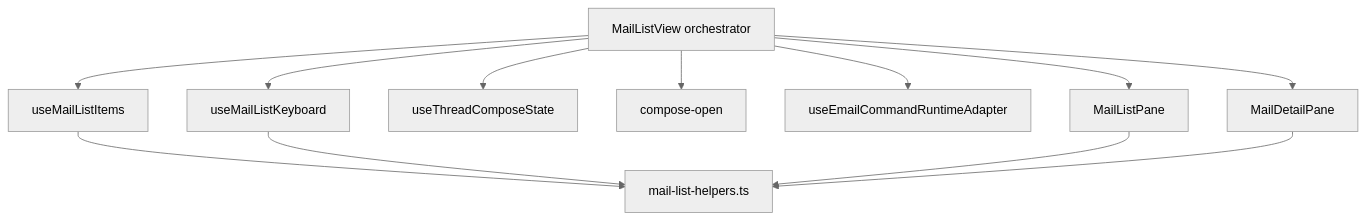
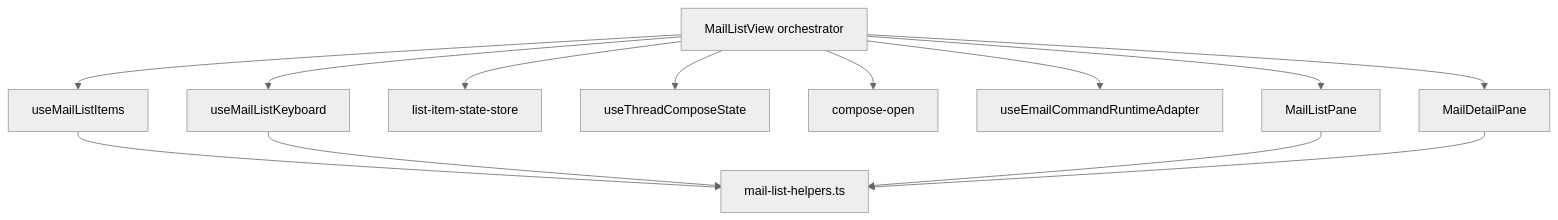
One commit to gssisaac/relaybase changed the diagram in app/src/email/components/mailbox/MailListView/README.md. Above: the diagram before and after it, drawn with Mermaid (neutral theme). The commit also changed other lines of this file and 28 other files, not shown here.

````diff
--- a/app/src/email/components/mailbox/MailListView/README.md
+++ b/app/src/email/components/mailbox/MailListView/README.md
@@ -24,23 +25,25 @@
 ```mermaid
 flowchart TB
   MLV[MailListView orchestrator]
   Helpers[mail-list-helpers.ts]
   Items[useMailListItems]
   Kb[useMailListKeyboard]
+  Focus[list-item-state-store]
   Compose[useThreadComposeState]
   Open[compose-open]
   Commands[useEmailCommandRuntimeAdapter]
   ListPane[MailListPane]
   DetailPane[MailDetailPane]
   MLV --> Items
   MLV --> Kb
+  MLV --> Focus
   MLV --> Compose
   MLV --> Open
   MLV --> Commands
   MLV --> ListPane
   MLV --> DetailPane
   Items --> Helpers
   Kb --> Helpers
   ListPane --> Helpers
   DetailPane --> Helpers
 ```
````
